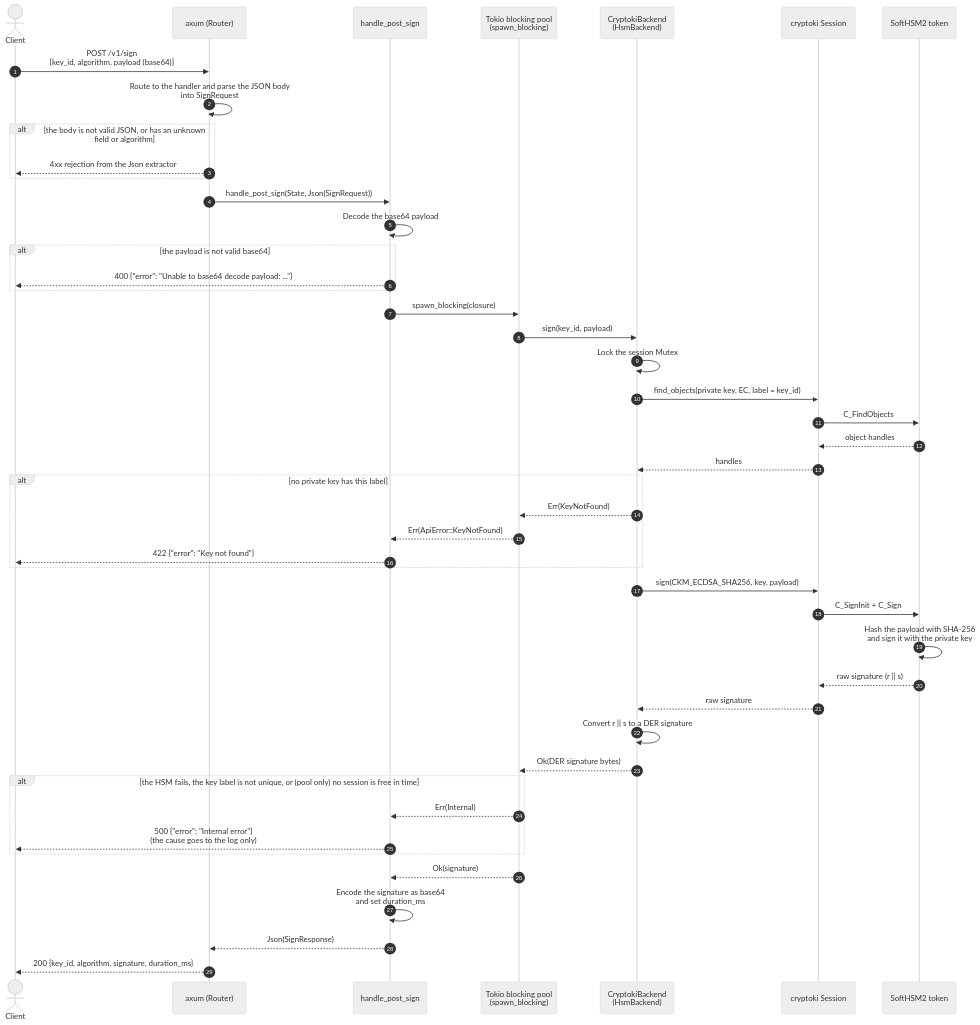
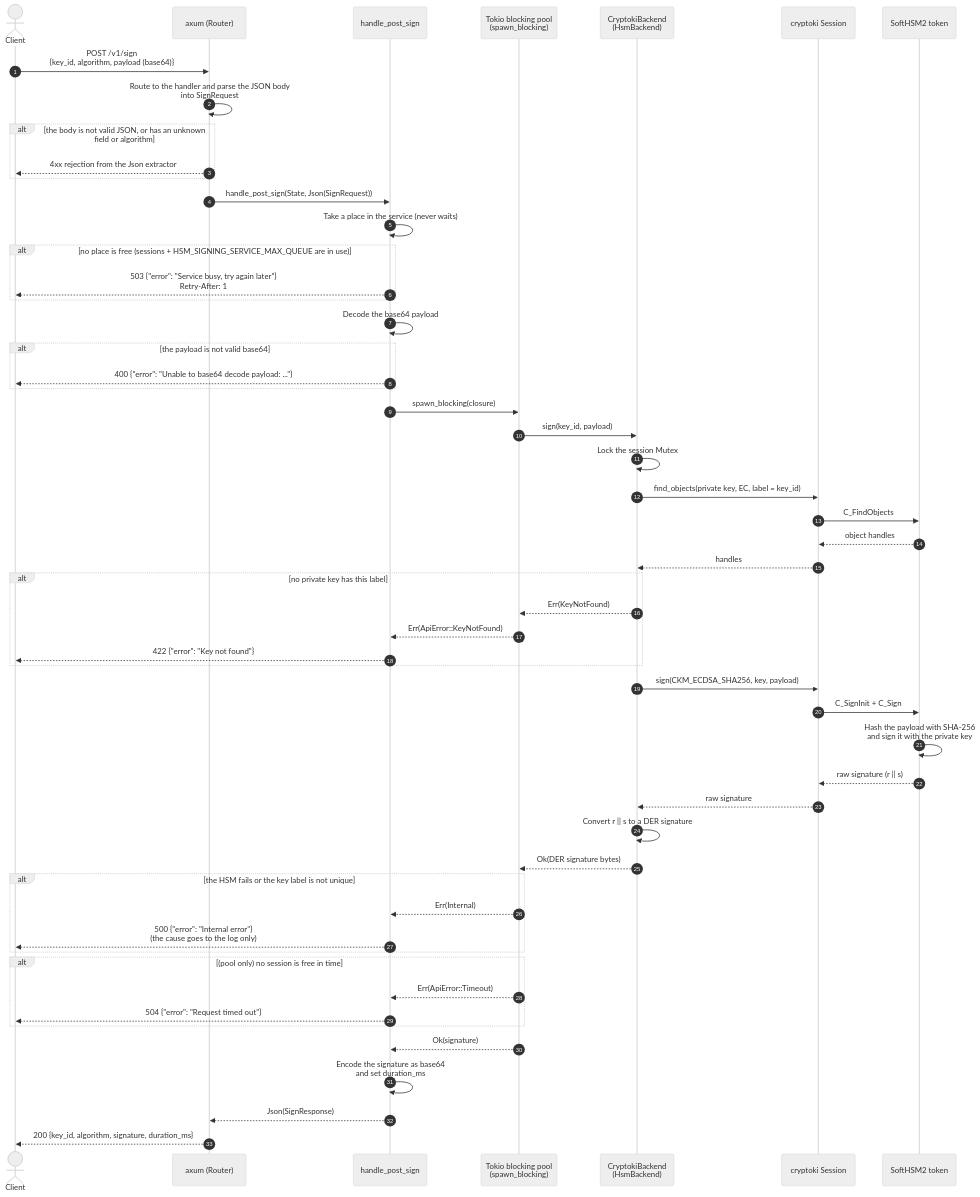
The second of 3 diagrams in docs/call_flow.md (aisrael/hsm-signing-service), drawn with Mermaid (neutral theme) before and after one commit. The commit also changed other lines of this file and 1 other file, not shown here.

Commit message:
504 on timeout

````diff
--- a/docs/call_flow.md
+++ b/docs/call_flow.md
@@ -61,49 +72,57 @@
 ```mermaid
 sequenceDiagram
     autonumber
     actor Client
     participant Axum as axum (Router)
     participant Handler as handle_post_sign
     participant Pool as Tokio blocking pool<br/>(spawn_blocking)
     participant Backend as CryptokiBackend<br/>(HsmBackend)
     participant Cryptoki as cryptoki Session
     participant HSM as SoftHSM2 token
 
     Client->>Axum: POST /v1/sign<br/>{key_id, algorithm, payload (base64)}
     Axum->>Axum: Route to the handler and parse the JSON body<br/>into SignRequest
     alt the body is not valid JSON, or has an unknown field or algorithm
         Axum-->>Client: 4xx rejection from the Json extractor
     end
     Axum->>Handler: handle_post_sign(State, Json(SignRequest))
+    Handler->>Handler: Take a place in the service (never waits)
+    alt no place is free (sessions + HSM_SIGNING_SERVICE_MAX_QUEUE are in use)
+        Handler-->>Client: 503 {"error": "Service busy, try again later"}<br/>Retry-After: 1
+    end
     Handler->>Handler: Decode the base64 payload
     alt the payload is not valid base64
         Handler-->>Client: 400 {"error": "Unable to base64 decode payload: ..."}
     end
     Handler->>Pool: spawn_blocking(closure)
     Pool->>Backend: sign(key_id, payload)
     Backend->>Backend: Lock the session Mutex
     Backend->>Cryptoki: find_objects(private key, EC, label = key_id)
     Cryptoki->>HSM: C_FindObjects
     HSM-->>Cryptoki: object handles
     Cryptoki-->>Backend: handles
     alt no private key has this label
         Backend-->>Pool: Err(KeyNotFound)
         Pool-->>Handler: Err(ApiError::KeyNotFound)
         Handler-->>Client: 422 {"error": "Key not found"}
     end
     Backend->>Cryptoki: sign(CKM_ECDSA_SHA256, key, payload)
     Cryptoki->>HSM: C_SignInit + C_Sign
     HSM->>HSM: Hash the payload with SHA-256<br/>and sign it with the private key
     HSM-->>Cryptoki: raw signature (r || s)
     Cryptoki-->>Backend: raw signature
     Backend->>Backend: Convert r || s to a DER signature
     Backend-->>Pool: Ok(DER signature bytes)
-    alt the HSM fails, the key label is not unique, or (pool only) no session is free in time
+    alt the HSM fails or the key label is not unique
         Pool-->>Handler: Err(Internal)
         Handler-->>Client: 500 {"error": "Internal error"}<br/>(the cause goes to the log only)
+    end
+    alt (pool only) no session is free in time
+        Pool-->>Handler: Err(ApiError::Timeout)
+        Handler-->>Client: 504 {"error": "Request timed out"}
     end
     Pool-->>Handler: Ok(signature)
     Handler->>Handler: Encode the signature as base64<br/>and set duration_ms
     Handler-->>Axum: Json(SignResponse)
     Axum-->>Client: 200 {key_id, algorithm, signature, duration_ms}
 ```
````
